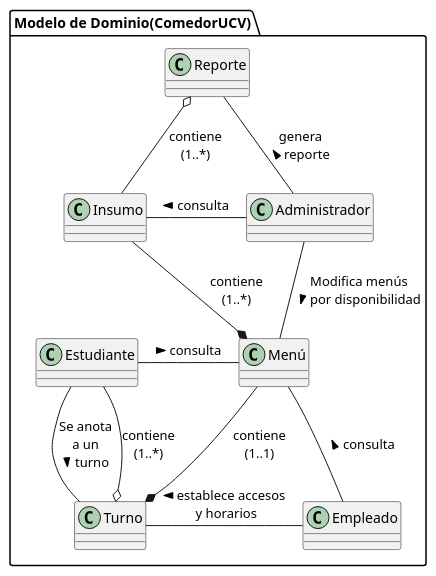
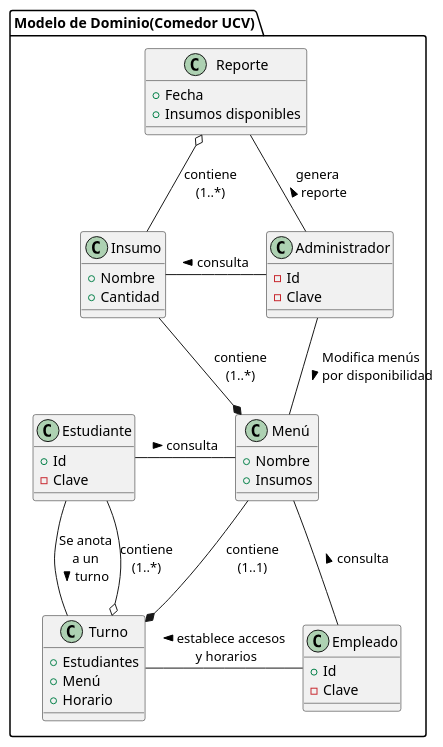
The diagram in docs/diagrams/diagrama_de_clases.plantuml (IsaacTou/IS--8---C1-), drawn with PlantUML before and after one commit. The commit also changed 2 other files, not shown here.

Commit message:
Perfeccionando el diagrama

```diff
--- a/docs/diagrams/diagrama_de_clases.plantuml
+++ b/docs/diagrams/diagrama_de_clases.plantuml
@@ -1,25 +1,48 @@
-@startuml ModeloDelDominio
+@startuml Modelo Del Dominio
 
-package "Modelo de Dominio(ComedorUCV)" {
-    class Insumo {}
-    class Administrador {}
-    class Reporte{}
-    class Estudiante{}
-    class Menú{}
-    class Turno{}
-    class Empleado{}
+package "Modelo de Dominio(Comedor UCV)" {
+    class Insumo {
+        +Nombre
+        +Cantidad
+    }
+    class Administrador {
+        -Id
+        -Clave
+    }
+    class Reporte{
+        +Fecha
+        +Insumos disponibles
+    }
+    class Estudiante{
+        +Id
+        -Clave
+    }
+    class Menú{
+        +Nombre
+        +Insumos
+    }
+    class Turno{
+        +Estudiantes
+        +Menú
+        +Horario
+    }
+    class Empleado{
+        +Id
+        -Clave
+    }
 }
 
 
 Insumo - Administrador : consulta <
 Reporte -- Administrador : genera\nreporte <
 Reporte  o-- Insumo : contiene\n(1..*)
 Insumo --* Menú : contiene\n(1..*)
 Administrador -- Menú : Modifica menús\npor disponibilidad >
 Estudiante - Menú : consulta >
 Estudiante -- Turno : Se anota\n a un \nturno >
 Estudiante --o Turno : contiene\n(1..*)
 Menú --* Turno : contiene\n(1..1)
 Turno - Empleado : < establece accesos\n y horarios 
 Menú -- Empleado : consulta <
+
 @enduml
```
